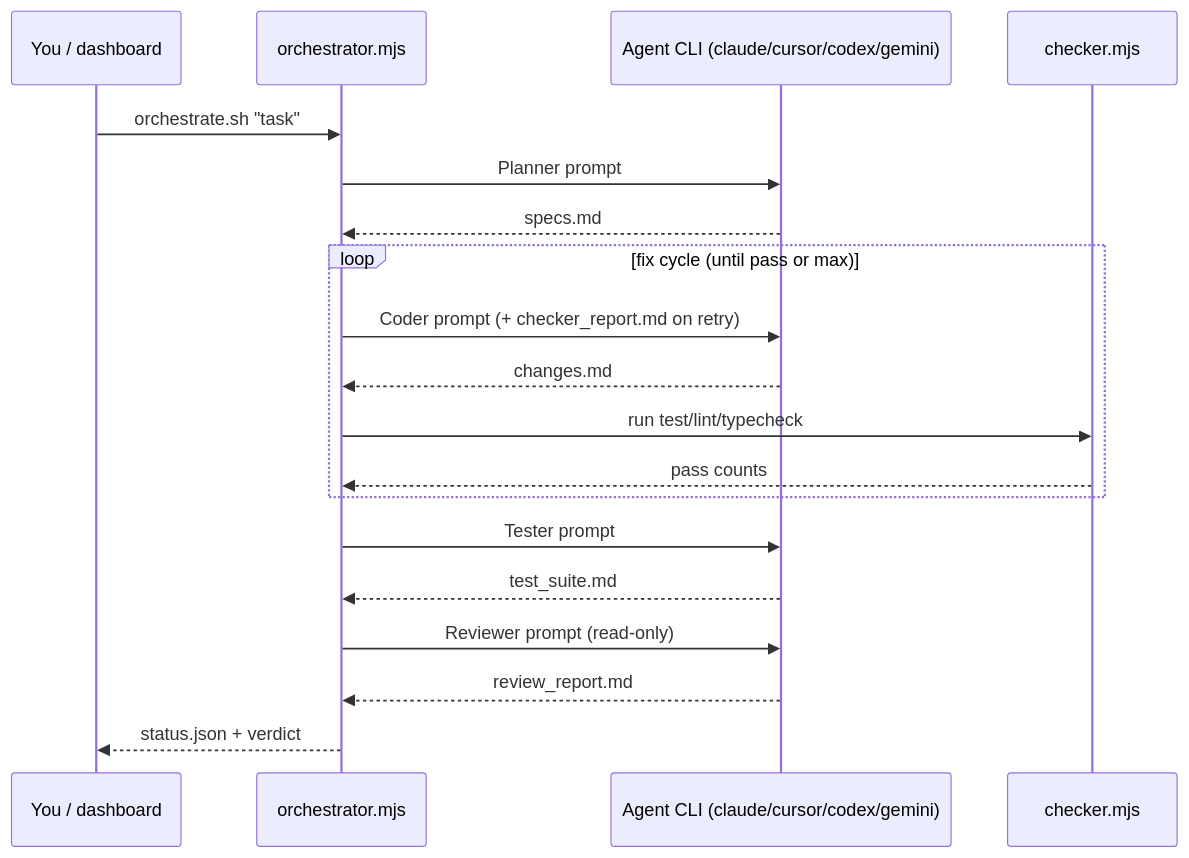
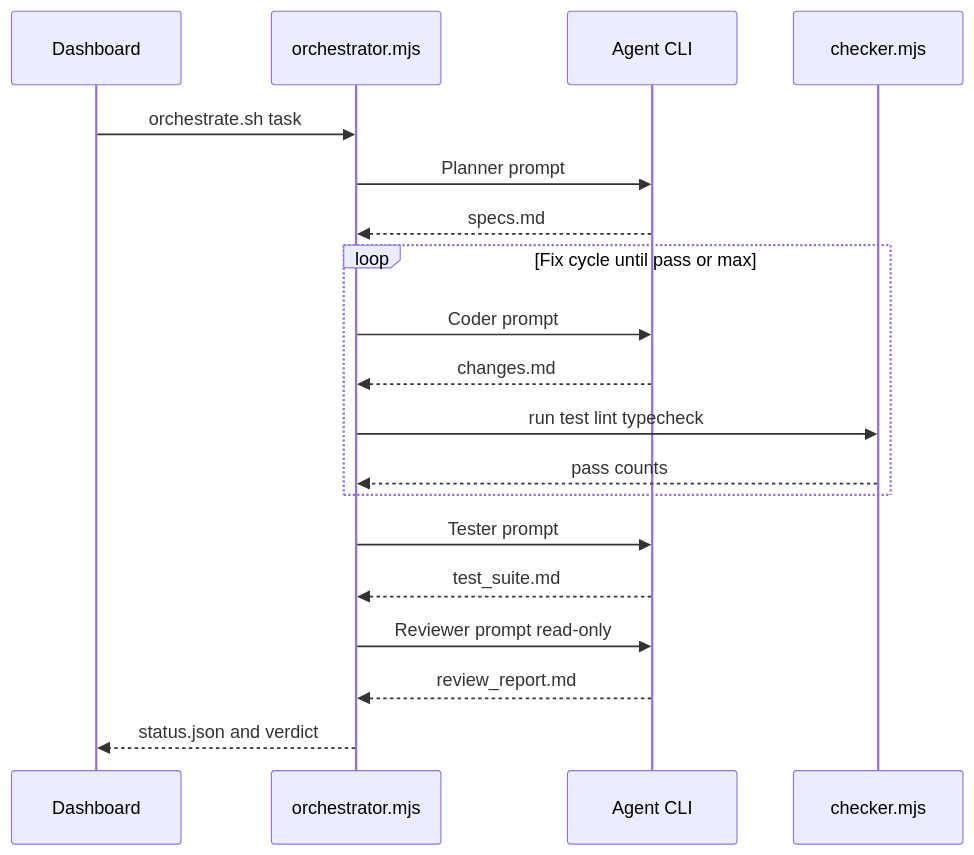
One commit to isholaomotayo/orchestrator changed the second of 2 diagrams in README.md. Above: the diagram before and after it, drawn with Mermaid. The commit also changed other lines of this file and 3 other files, not shown here.

Commit message:
Remove deprecated .clauderules file and update README.md to reflect new agent documentation structure. Enhance bootstrap.sh to copy both AGENTS.md and CLAUDE.md from the scaffold, ensuring all relevant agent files are included in the repository.

````diff
--- a/README.md
+++ b/README.md
@@ -72,22 +72,22 @@
 ```mermaid
 sequenceDiagram
-    participant U as You / dashboard
+    participant U as Dashboard
     participant O as orchestrator.mjs
-    participant A as Agent CLI (claude/cursor/codex/gemini)
+    participant A as Agent CLI
     participant Ck as checker.mjs
 
-    U->>O: orchestrate.sh "task"
+    U->>O: orchestrate.sh task
     O->>A: Planner prompt
     A-->>O: specs.md
-    loop fix cycle (until pass or max)
-        O->>A: Coder prompt (+ checker_report.md on retry)
+    loop Fix cycle until pass or max
+        O->>A: Coder prompt
         A-->>O: changes.md
-        O->>Ck: run test/lint/typecheck
+        O->>Ck: run test lint typecheck
         Ck-->>O: pass counts
     end
     O->>A: Tester prompt
     A-->>O: test_suite.md
-    O->>A: Reviewer prompt (read-only)
+    O->>A: Reviewer prompt read-only
     A-->>O: review_report.md
-    O-->>U: status.json + verdict
+    O-->>U: status.json and verdict
 ```
````
